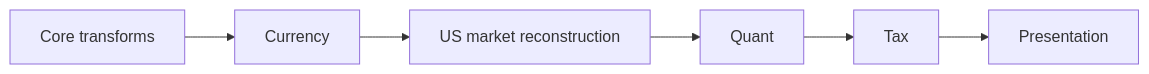
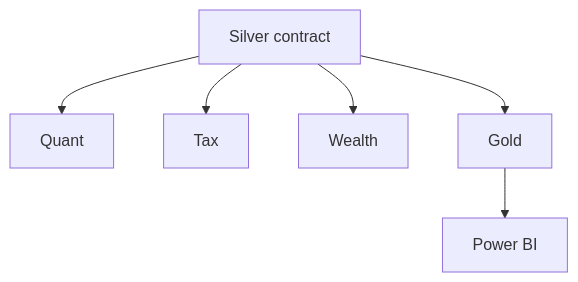
The sixth of 6 diagrams in docs/developer/adding-transformations.md (tks18/personal-finance-etl), drawn with Mermaid before and after one commit. The commit also changed other lines of this file and 8 other files, not shown here.

````diff
--- a/docs/developer/adding-transformations.md
+++ b/docs/developer/adding-transformations.md
@@ -292,8 +423,14 @@
 ```mermaid
-flowchart LR
-    CORE[Core transforms] --> FX[Currency]
-    FX --> US[US market reconstruction]
-    US --> Q[Quant]
-    Q --> T[Tax]
-    T --> P[Presentation]
+flowchart TD
+    S[Silver contract]
+    Q[Quant]
+    T[Tax]
+    W[Wealth]
+    G[Gold]
+    BI[Power BI]
+
+    S --> Q
+    S --> T
+    S --> W
+    S --> G --> BI
 ```
````
